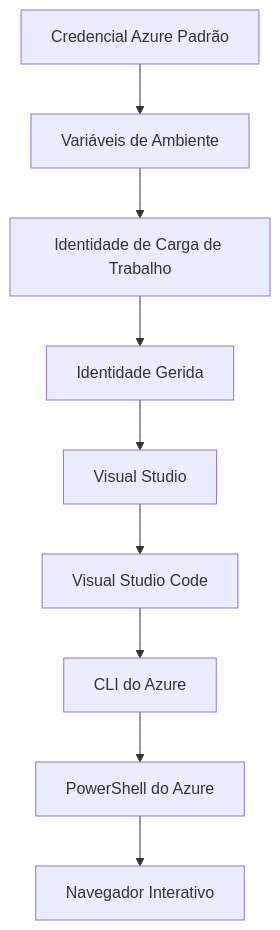
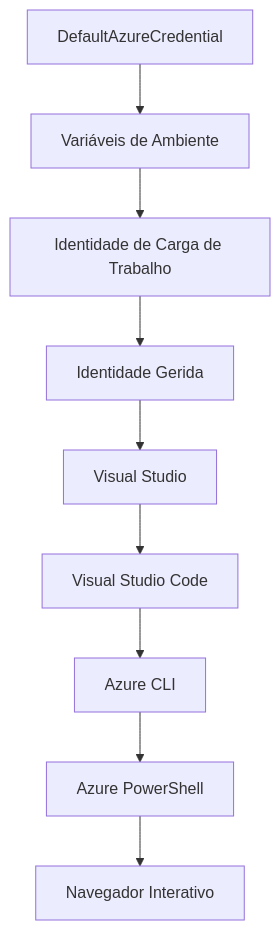
Before and after one commit to microsoft/AZD-for-beginners: the second of 2 diagrams in translations/pt-PT/docs/chapter-01-foundation/azd-basics.md, drawn with Mermaid. The commit also changed other lines of this file and 101 other files, not shown here.

````diff
--- a/translations/pt-PT/docs/chapter-01-foundation/azd-basics.md
+++ b/translations/pt-PT/docs/chapter-01-foundation/azd-basics.md
@@ -558,11 +591,11 @@
 ```mermaid
 graph TD
-    A[Credencial Azure Padrão] --> B[Variáveis de Ambiente]
+    A[DefaultAzureCredential] --> B[Variáveis de Ambiente]
     B --> C[Identidade de Carga de Trabalho]
     C --> D[Identidade Gerida]
     D --> E[Visual Studio]
     E --> F[Visual Studio Code]
-    F --> G[CLI do Azure]
-    G --> H[PowerShell do Azure]
+    F --> G[Azure CLI]
+    G --> H[Azure PowerShell]
     H --> I[Navegador Interativo]
 ```
````
